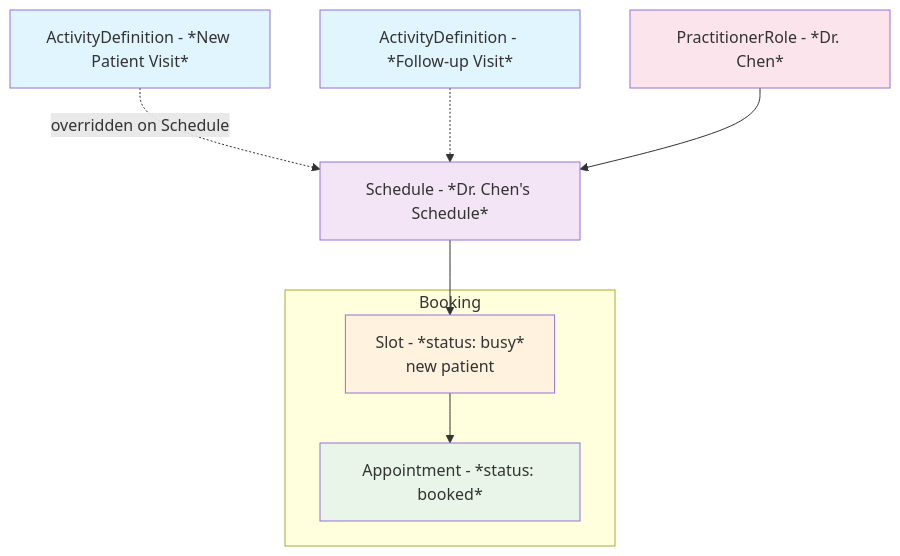
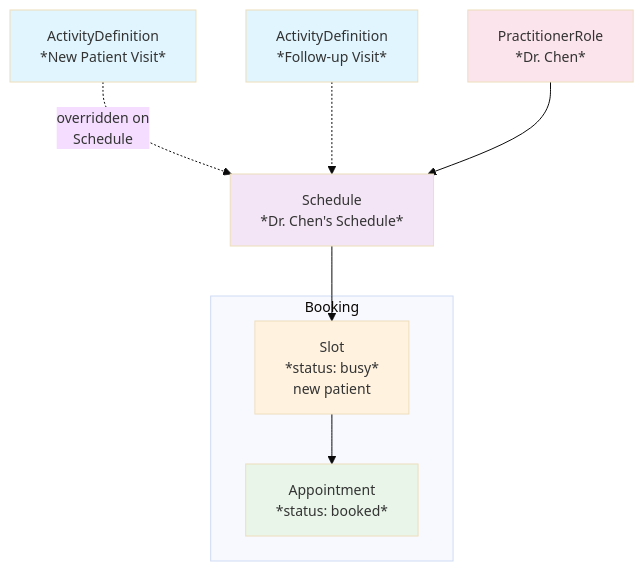
Before and after one commit to medplum/medplum: the third of 5 diagrams in packages/docs/docs/scheduling/defining-availability.md, drawn with Mermaid. The commit also changed other lines of this file, not shown here.

````diff
--- a/packages/docs/docs/scheduling/defining-availability.md
+++ b/packages/docs/docs/scheduling/defining-availability.md
@@ -605,19 +607,20 @@
 ```mermaid
+%%{init: {'theme':'base', 'themeVariables': {'fontSize':'14px'}, 'flowchart': {'useMaxWidth': false, 'htmlLabels': true}}}%%
 graph TD
-    A1[ActivityDefinition - *New Patient Visit*] -. overridden on Schedule .-> B[Schedule - *Dr. Chen's Schedule*]
-    A2[ActivityDefinition - *Follow-up Visit*] -.-> B
-    C[PractitionerRole - *Dr. Chen*] --> B
+    A1[ActivityDefinition<br/>*New Patient Visit*] -. overridden on<br/>Schedule .-> B[Schedule<br/>*Dr. Chen's Schedule*]
+    A2[ActivityDefinition<br/>*Follow-up Visit*] -.-> B
+    C[PractitionerRole<br/>*Dr. Chen*] --> B
 
-    B --> D1[Slot - *status: busy*<br/>new patient]
+    B --> D1[Slot<br/>*status: busy*<br/>new patient]
 
     subgraph "Booking"
-        D1 --> E1[Appointment - *status: booked*]
+        D1 --> E1[Appointment<br/>*status: booked*]
     end
 
     style A1 fill:#e1f5fe
     style A2 fill:#e1f5fe
     style B fill:#f3e5f5
     style C fill:#fce4ec
     style D1 fill:#fff3e0
     style E1 fill:#e8f5e8
 ```
````
